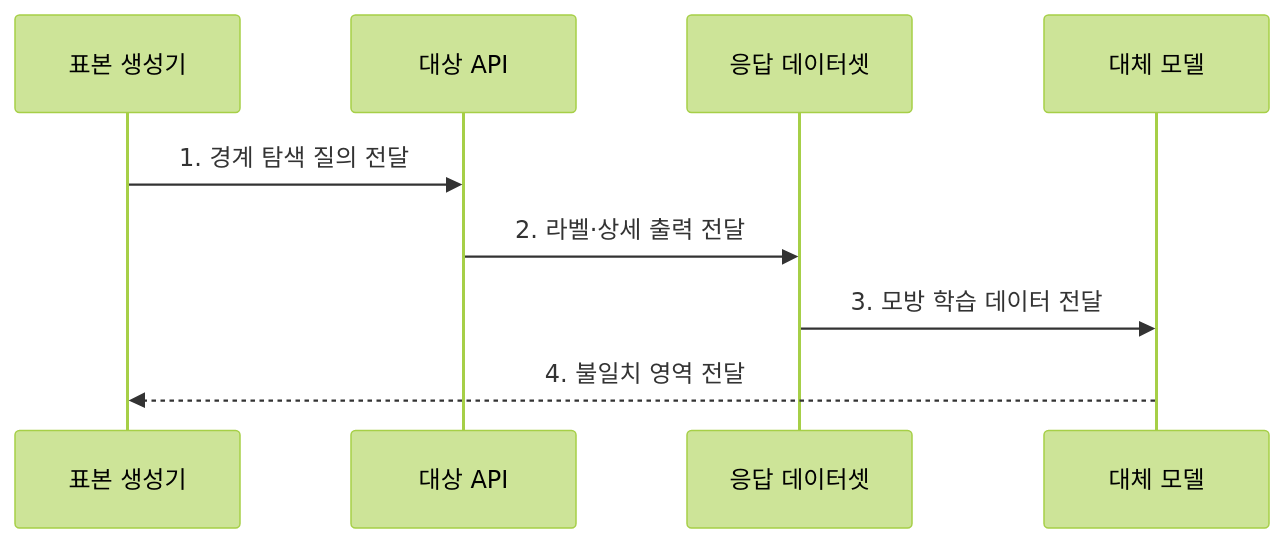
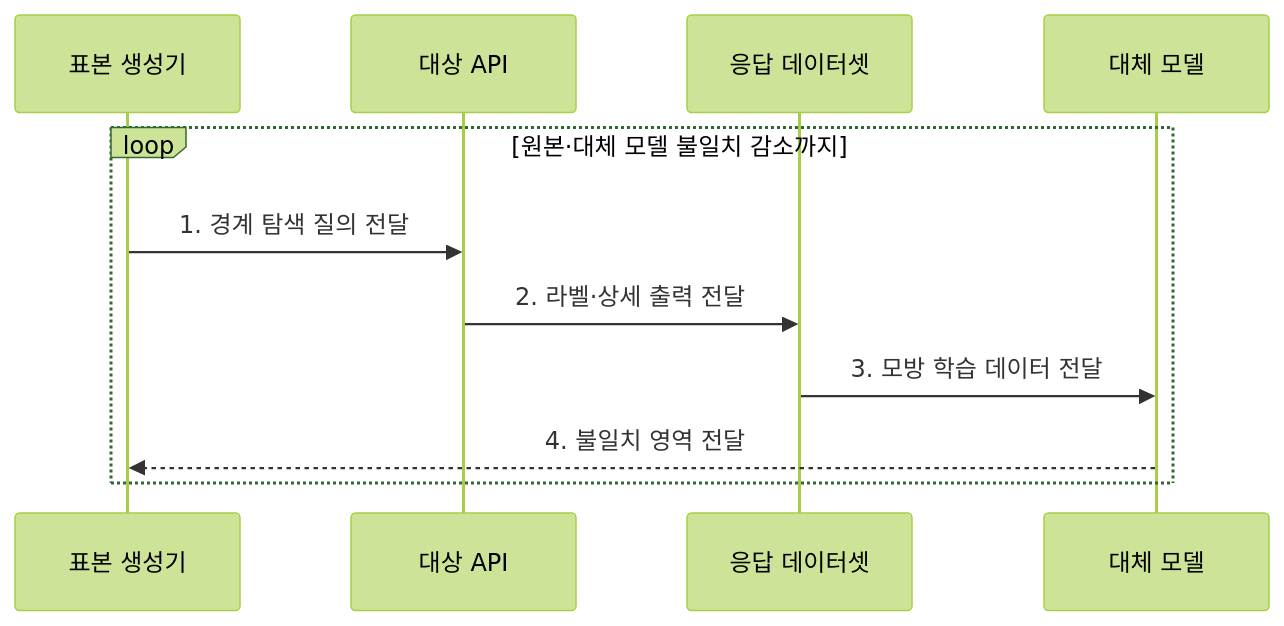
One commit to agnusdei1207/knowledge-base changed the second of 2 diagrams in src/content/docs/notes/08-latest-tech/119_model_extraction.md. Above: the diagram before and after it, drawn with Mermaid (forest theme). The commit also changed other lines of this file and 225 other files, not shown here.

````diff
--- a/src/content/docs/notes/08-latest-tech/119_model_extraction.md
+++ b/src/content/docs/notes/08-latest-tech/119_model_extraction.md
@@ -76,11 +76,13 @@
 ```mermaid
 sequenceDiagram
     participant S as 표본 생성기
     participant A as 대상 API
     participant D as 응답 데이터셋
     participant M as 대체 모델
-    S->>A: 1. 경계 탐색 질의 전달
-    A->>D: 2. 라벨·상세 출력 전달
-    D->>M: 3. 모방 학습 데이터 전달
-    M-->>S: 4. 불일치 영역 전달
+    loop 원본·대체 모델 불일치 감소까지
+        S->>A: 1. 경계 탐색 질의 전달
+        A->>D: 2. 라벨·상세 출력 전달
+        D->>M: 3. 모방 학습 데이터 전달
+        M-->>S: 4. 불일치 영역 전달
+    end
 ```
````
